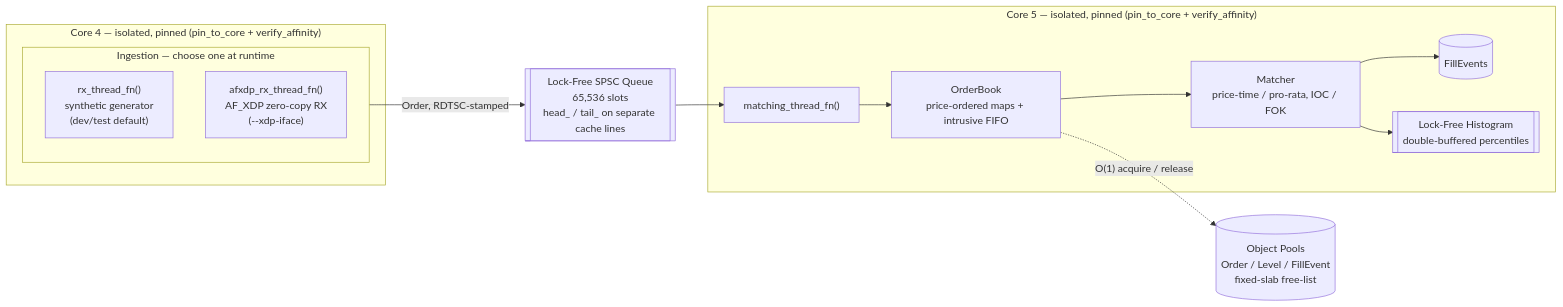
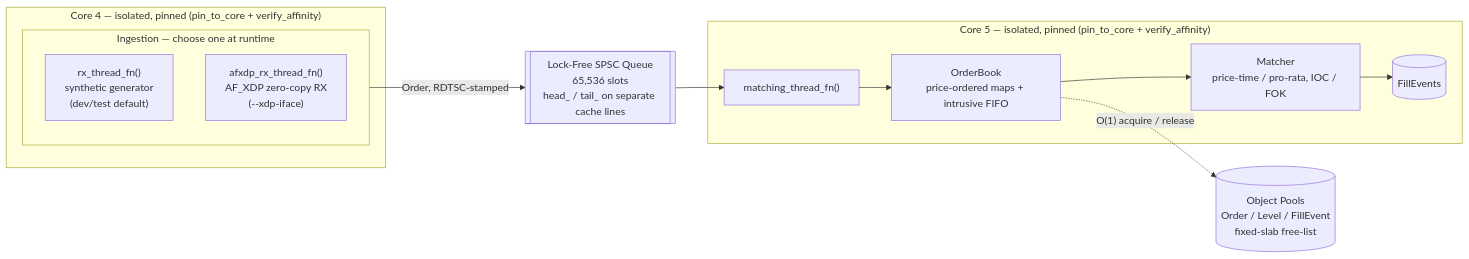
The first of 2 diagrams in README.md (Shri2909/Blitz-Limit-Order-Book), drawn with Mermaid before and after one commit. The commit also changed other lines of this file and 45 other files, not shown here.

````diff
--- a/README.md
+++ b/README.md
@@ -77,26 +78,25 @@
 ```mermaid
 flowchart LR
     subgraph ING["Ingestion — choose one at runtime"]
         direction TB
         RNG["rx_thread_fn()\nsynthetic generator\n(dev/test default)"]
         XDP["afxdp_rx_thread_fn()\nAF_XDP zero-copy RX\n(--xdp-iface)"]
     end
 
     subgraph CORE4["Core 4 — isolated, pinned (pin_to_core + verify_affinity)"]
         ING
     end
 
     ING -->|"Order, RDTSC-stamped"| Q
 
     Q[["Lock-Free SPSC Queue\n65,536 slots\nhead_ / tail_ on separate cache lines"]]
 
     subgraph CORE5["Core 5 — isolated, pinned (pin_to_core + verify_affinity)"]
         MT["matching_thread_fn()"] --> OB["OrderBook\nprice-ordered maps + intrusive FIFO"]
         OB --> MX["Matcher\nprice-time / pro-rata, IOC / FOK"]
         MX --> FILLS[("FillEvents")]
-        MX --> HIST[["Lock-Free Histogram\ndouble-buffered percentiles"]]
     end
 
     Q --> MT
     OB -.->|"O(1) acquire / release"| POOL[("Object Pools\nOrder / Level / FillEvent\nfixed-slab free-list")]
 ```
````
